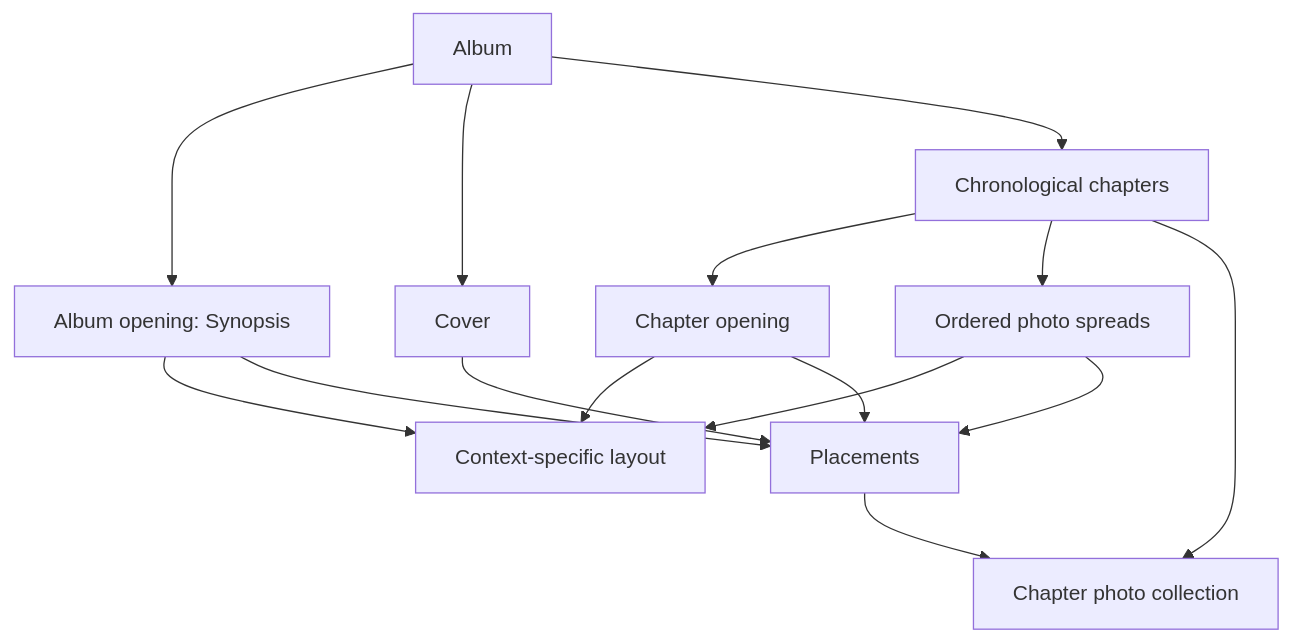
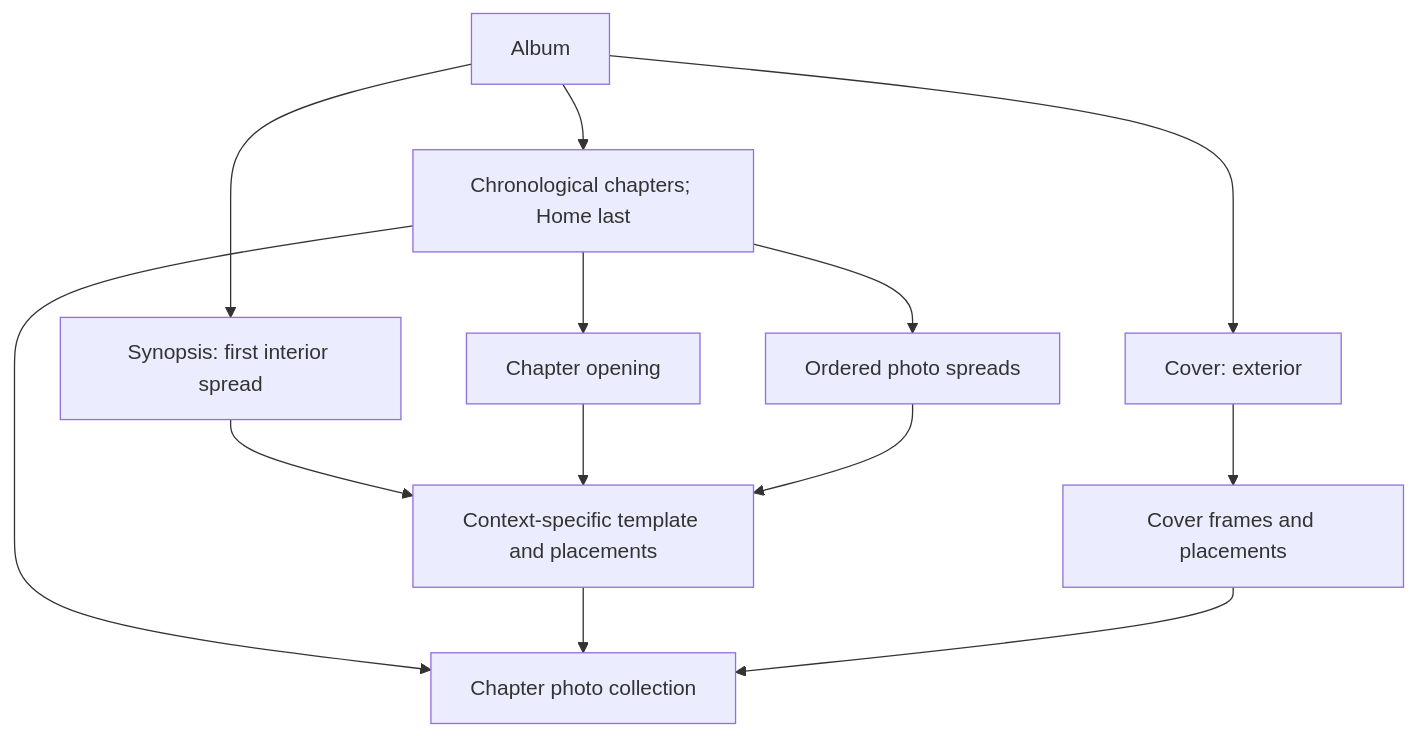
One commit to cosminci/photography changed the first of 2 diagrams in specs/design.md. Above: the diagram before and after it, drawn with Mermaid. The commit also changed other lines of this file and 15 other files, not shown here.

````diff
--- a/specs/design.md
+++ b/specs/design.md
@@ -23,12 +7,12 @@
 ```mermaid
 flowchart TD
-  Album --> Synopsis["Album opening: Synopsis"]
-  Album --> Cover
-  Album --> Chapters["Chronological chapters"]
+  Album --> Synopsis["Synopsis: first interior spread"]
+  Album --> Cover["Cover: exterior"]
+  Album --> Chapters["Chronological chapters; Home last"]
   Chapters --> Opening["Chapter opening"]
   Chapters --> Spreads["Ordered photo spreads"]
   Chapters --> Photos["Chapter photo collection"]
-  Synopsis & Opening & Spreads --> Template["Context-specific layout"]
-  Synopsis & Opening & Spreads & Cover --> Placements
-  Placements --> Photos
+  Synopsis & Opening & Spreads --> Layout["Context-specific template and placements"]
+  Cover --> Exterior["Cover frames and placements"]
+  Layout & Exterior --> Photos
 ```
````
